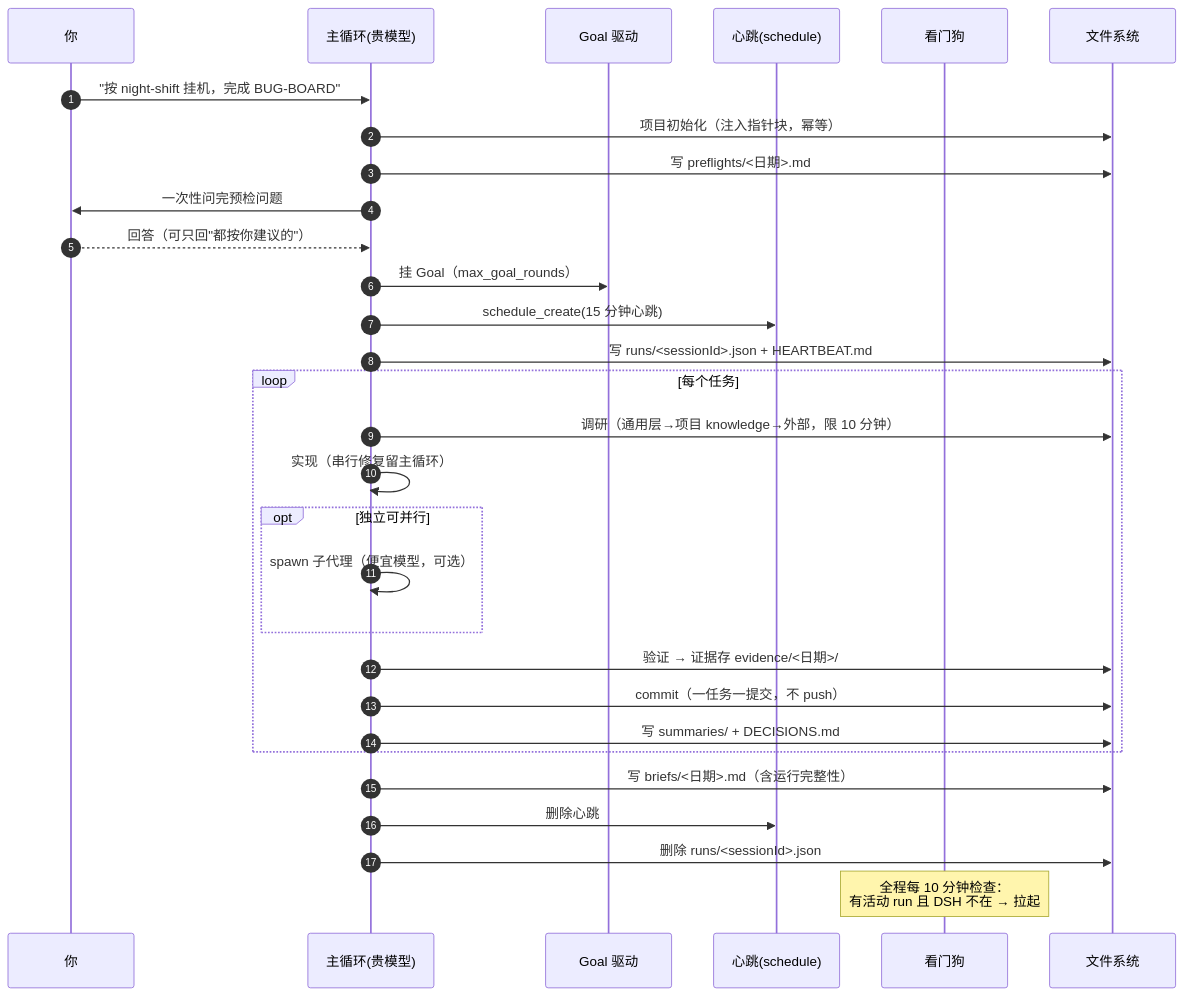
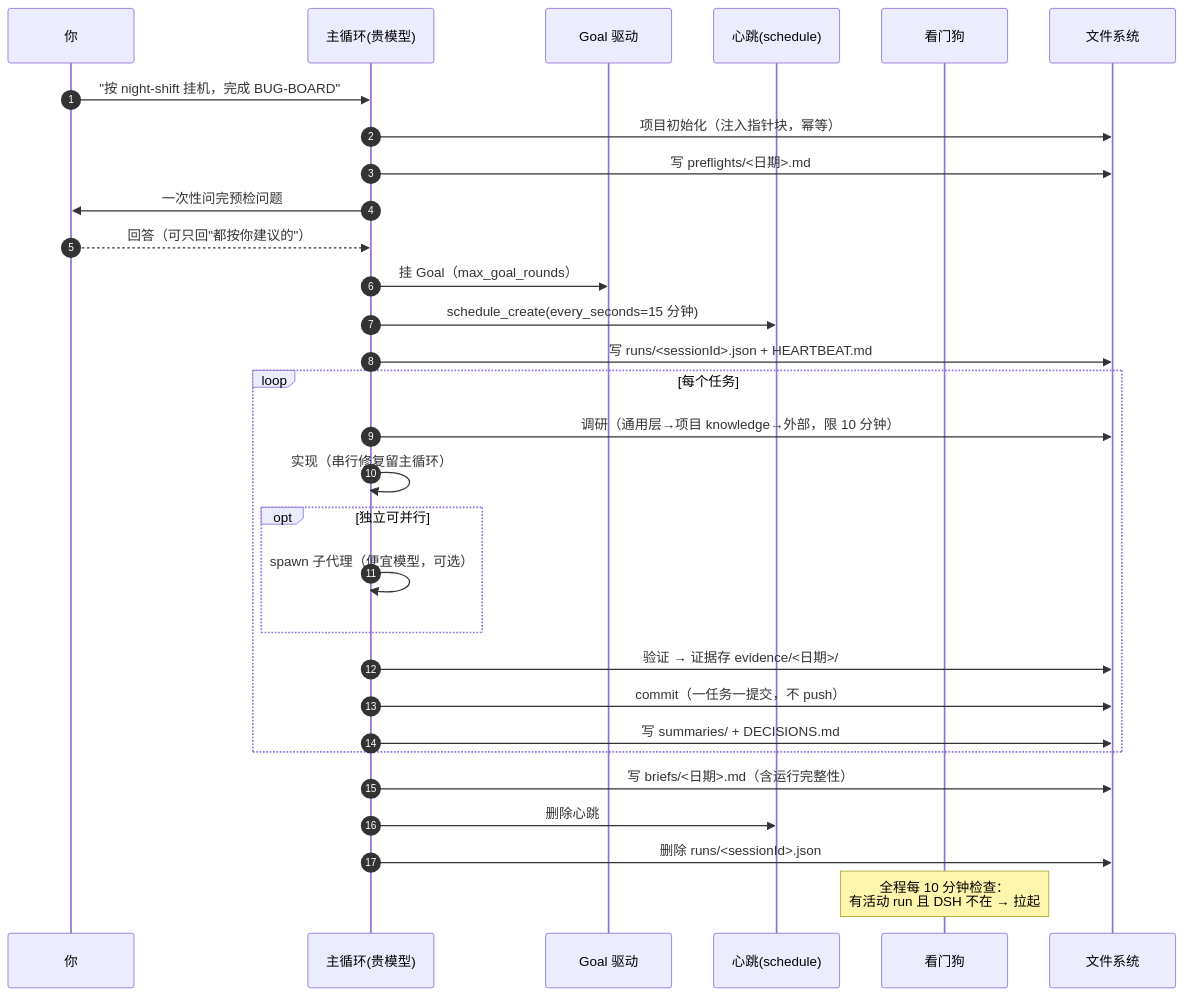
Before and after one commit to firstsaofan/dsh-night-shift: the second of 6 diagrams in DESIGN.md, drawn with Mermaid. The commit also changed 6 other files, not shown here.

First line of the commit message:
feat: 同步 night-shift 最新文档（挂机门禁三重信号 + every_seconds 锁定 + 积压处理 + 子代理路由）

````diff
--- a/DESIGN.md
+++ b/DESIGN.md
@@ -116,33 +116,33 @@
 ```mermaid
 sequenceDiagram
     autonumber
     participant U as 你
     participant A as 主循环(贵模型)
     participant G as Goal 驱动
     participant H as 心跳(schedule)
     participant W as 看门狗
     participant F as 文件系统
 
     U->>A: "按 night-shift 挂机，完成 BUG-BOARD"
     A->>F: 项目初始化（注入指针块，幂等）
     A->>F: 写 preflights/<日期>.md
     A->>U: 一次性问完预检问题
     U-->>A: 回答（可只回"都按你建议的"）
     A->>G: 挂 Goal（max_goal_rounds）
-    A->>H: schedule_create(15 分钟心跳)
+    A->>H: schedule_create(every_seconds=15 分钟)
     A->>F: 写 runs/<sessionId>.json + HEARTBEAT.md
     loop 每个任务
         A->>F: 调研（通用层→项目 knowledge→外部，限 10 分钟）
         A->>A: 实现（串行修复留主循环）
         opt 独立可并行
             A->>A: spawn 子代理（便宜模型，可选）
         end
         A->>F: 验证 → 证据存 evidence/<日期>/
         A->>F: commit（一任务一提交，不 push）
         A->>F: 写 summaries/ + DECISIONS.md
     end
     A->>F: 写 briefs/<日期>.md（含运行完整性）
     A->>H: 删除心跳
     A->>F: 删除 runs/<sessionId>.json
     Note over W: 全程每 10 分钟检查：<br/>有活动 run 且 DSH 不在 → 拉起
 ```
````
